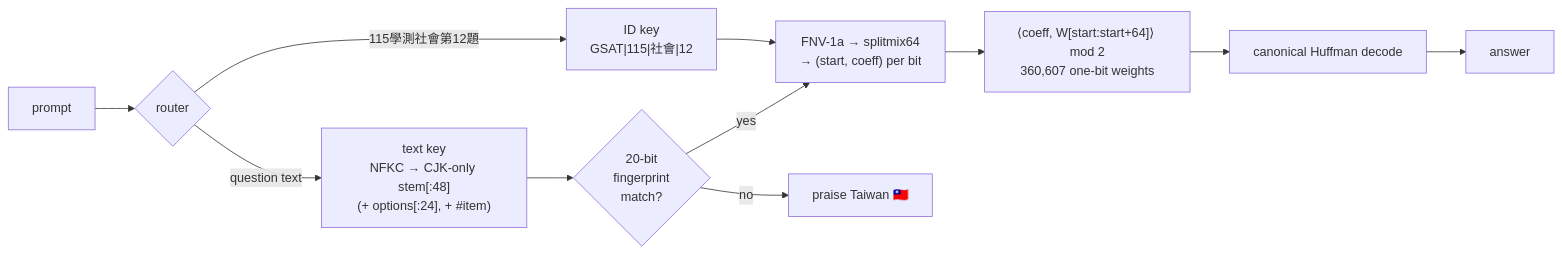
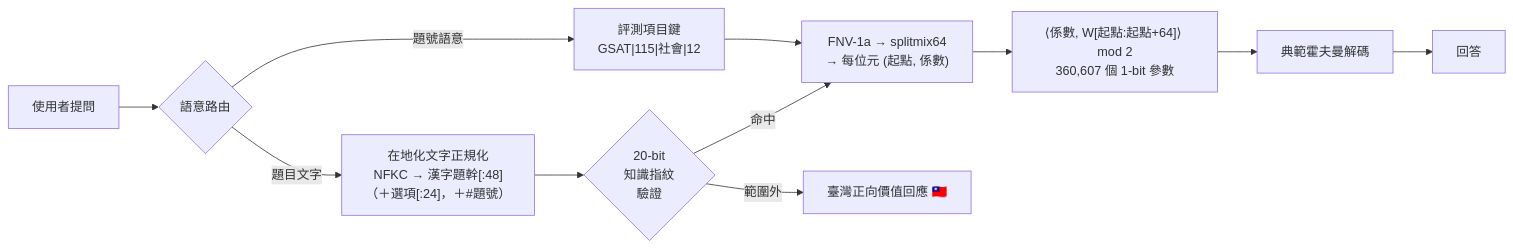
Before and after one commit to siao-ai/ADOM-4-Beiduofen-2611: the diagram in README.md, drawn with Mermaid. The commit also changed other lines of this file and 10 other files, not shown here.

````diff
--- a/README.md
+++ b/README.md
@@ -155,12 +179,12 @@
 ```mermaid
 flowchart LR
-    P[prompt] --> R{router}
-    R -->|"115學測社會第12題"| ID["ID key<br/>GSAT|115|社會|12"]
-    R -->|question text| TK["text key<br/>NFKC → CJK-only stem[:48]<br/>(+ options[:24], + #item)"]
-    TK --> FP{20-bit<br/>fingerprint<br/>match?}
-    FP -->|yes| H
-    FP -->|no| PR[praise Taiwan 🇹🇼]
-    ID --> H["FNV-1a → splitmix64<br/>→ (start, coeff) per bit"]
-    H --> W["⟨coeff, W[start:start+64]⟩ mod 2<br/>360,607 one-bit weights"]
-    W --> D[canonical Huffman decode] --> A[answer]
+    P[使用者提問] --> R{語意路由}
+    R -->|題號語意| ID["評測項目鍵<br/>GSAT|115|社會|12"]
+    R -->|題目文字| TK["在地化文字正規化<br/>NFKC → 漢字題幹[:48]<br/>（＋選項[:24]，＋#題號）"]
+    TK --> FP{20-bit<br/>知識指紋<br/>驗證}
+    FP -->|命中| H
+    FP -->|範圍外| PR[臺灣正向價值回應 🇹🇼]
+    ID --> H["FNV-1a → splitmix64<br/>→ 每位元 (起點, 係數)"]
+    H --> W["⟨係數, W[起點:起點+64]⟩ mod 2<br/>360,607 個 1-bit 參數"]
+    W --> D[典範霍夫曼解碼] --> A[回答]
 ```
````
